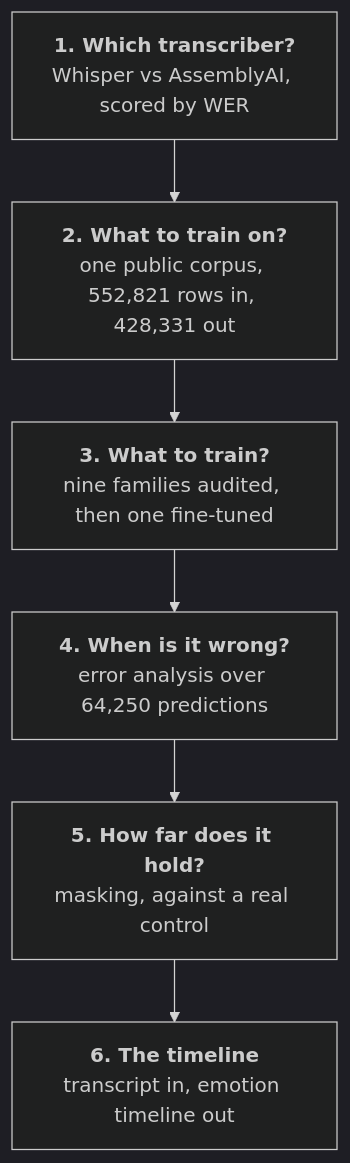
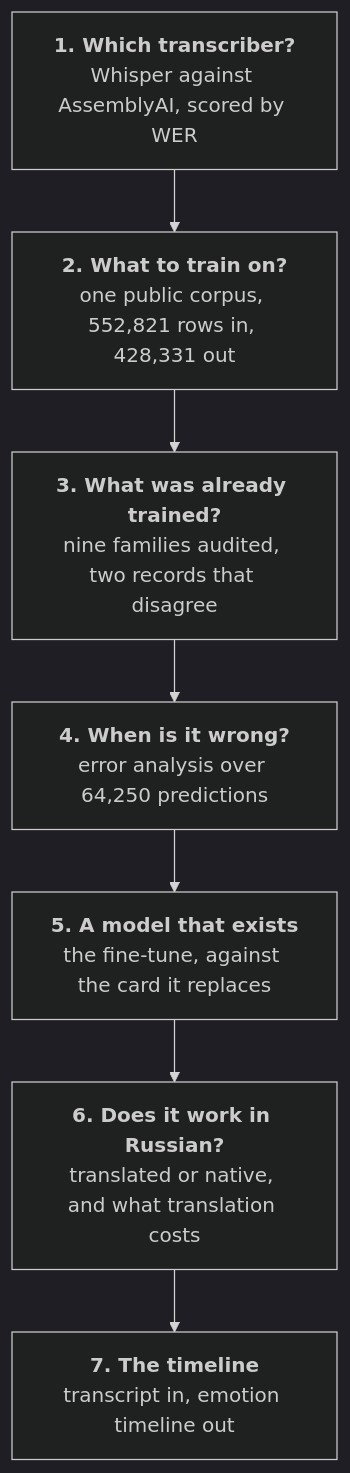
Before and after one commit to alex-krasnoshtanov/Emotion-Timeline: the diagram in README.md, drawn with Mermaid (dark theme). The commit also changed other lines of this file and 11 other files, not shown here.

````diff
--- a/README.md
+++ b/README.md
@@ -34,11 +34,12 @@
 ```mermaid
 flowchart TD
-    stt["<b>1. Which transcriber?</b><br/>Whisper vs AssemblyAI, scored by WER"]
+    stt["<b>1. Which transcriber?</b><br/>Whisper against AssemblyAI, scored by WER"]
     data["<b>2. What to train on?</b><br/>one public corpus, 552,821 rows in, 428,331 out"]
-    model["<b>3. What to train?</b><br/>nine families audited, then one fine-tuned"]
+    had["<b>3. What was already trained?</b><br/>nine families audited, two records that disagree"]
     err["<b>4. When is it wrong?</b><br/>error analysis over 64,250 predictions"]
-    xai["<b>5. How far does it hold?</b><br/>masking, against a real control"]
-    pipe["<b>6. The timeline</b><br/>transcript in, emotion timeline out"]
+    ours["<b>5. A model that exists</b><br/>the fine-tune, against the card it replaces"]
+    ru["<b>6. Does it work in Russian?</b><br/>translated or native, and what translation costs"]
+    pipe["<b>7. The timeline</b><br/>transcript in, emotion timeline out"]
 
-    stt --> data --> model --> err --> xai --> pipe
+    stt --> data --> had --> err --> ours --> ru --> pipe
 ```
````
